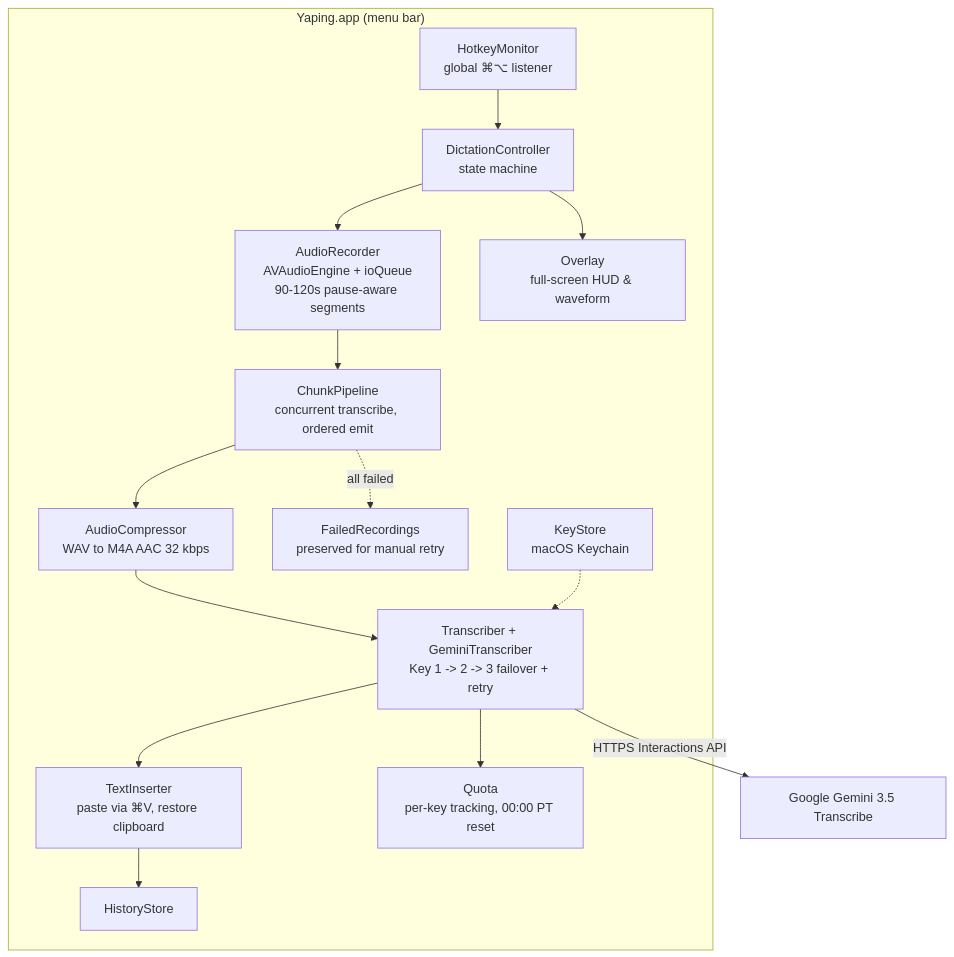
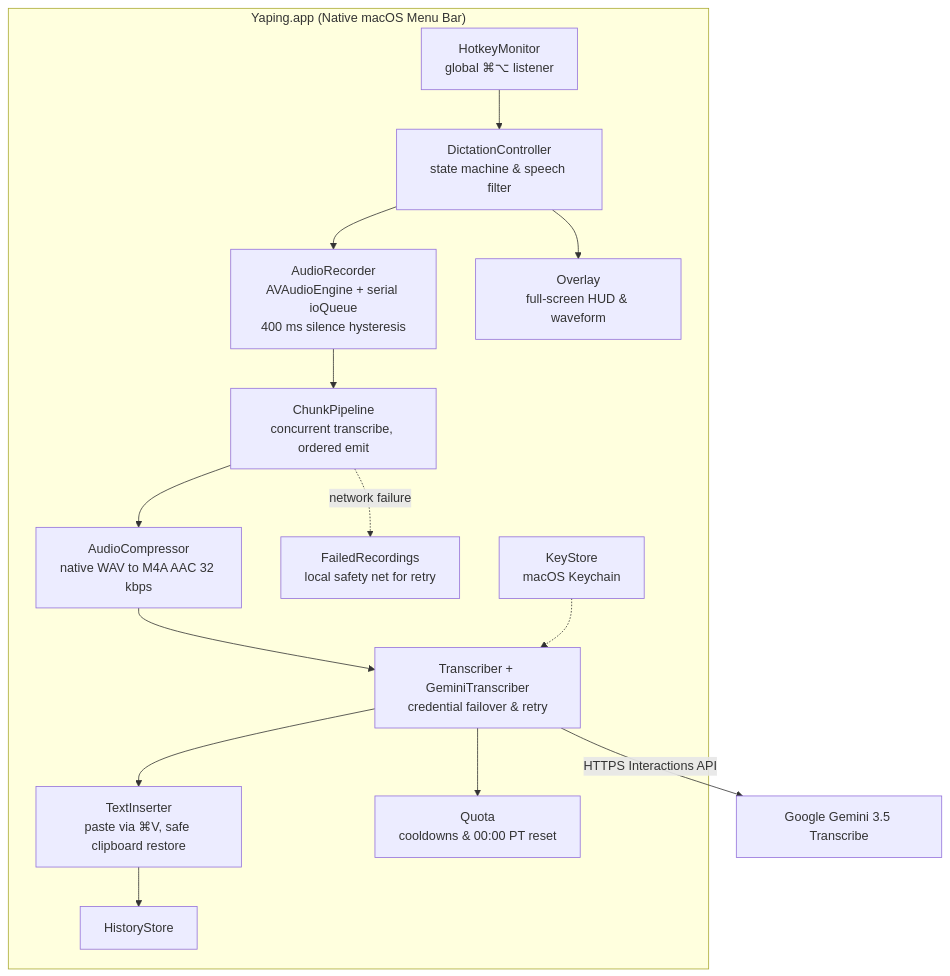
The first of 2 diagrams in Yaping/README.md (mnaufalzaki/Project-Portfolio), drawn with Mermaid before and after one commit. The commit also changed other lines of this file and 1 other file, not shown here.

Commit message:
docs(yaping): polish READMEs with infrastructure highlights, benchmarks, and end-to-end architecture

````diff
--- a/Yaping/README.md
+++ b/Yaping/README.md
@@ -79,17 +79,17 @@
 ```mermaid
 flowchart TB
-    subgraph App["Yaping.app (menu bar)"]
-        HK[HotkeyMonitor<br/>global ⌘⌥ listener] --> DC[DictationController<br/>state machine]
-        DC --> REC[AudioRecorder<br/>AVAudioEngine + ioQueue<br/>90-120s pause-aware segments]
+    subgraph App["Yaping.app (Native macOS Menu Bar)"]
+        HK[HotkeyMonitor<br/>global ⌘⌥ listener] --> DC[DictationController<br/>state machine & speech filter]
+        DC --> REC[AudioRecorder<br/>AVAudioEngine + serial ioQueue<br/>400 ms silence hysteresis]
         REC --> CP[ChunkPipeline<br/>concurrent transcribe, ordered emit]
-        CP --> AC[AudioCompressor<br/>WAV to M4A AAC 32 kbps]
-        AC --> TR[Transcriber + GeminiTranscriber<br/>Key 1 -> 2 -> 3 failover + retry]
-        TR --> TI[TextInserter<br/>paste via ⌘V, restore clipboard]
+        CP --> AC[AudioCompressor<br/>native WAV to M4A AAC 32 kbps]
+        AC --> TR[Transcriber + GeminiTranscriber<br/>credential failover & retry]
+        TR --> TI[TextInserter<br/>paste via ⌘V, safe clipboard restore]
         DC --> OV[Overlay<br/>full-screen HUD & waveform]
-        TR --> QU[Quota<br/>per-key tracking, 00:00 PT reset]
-        CP -.->|all failed| FR[FailedRecordings<br/>preserved for manual retry]
+        TR --> QU[Quota<br/>cooldowns & 00:00 PT reset]
+        CP -.->|network failure| FR[FailedRecordings<br/>local safety net for retry]
         KS[KeyStore<br/>macOS Keychain] -.-> TR
         TI --> HI[HistoryStore]
     end
     TR -->|HTTPS Interactions API| GEM[Google Gemini 3.5 Transcribe]
 ```
````
